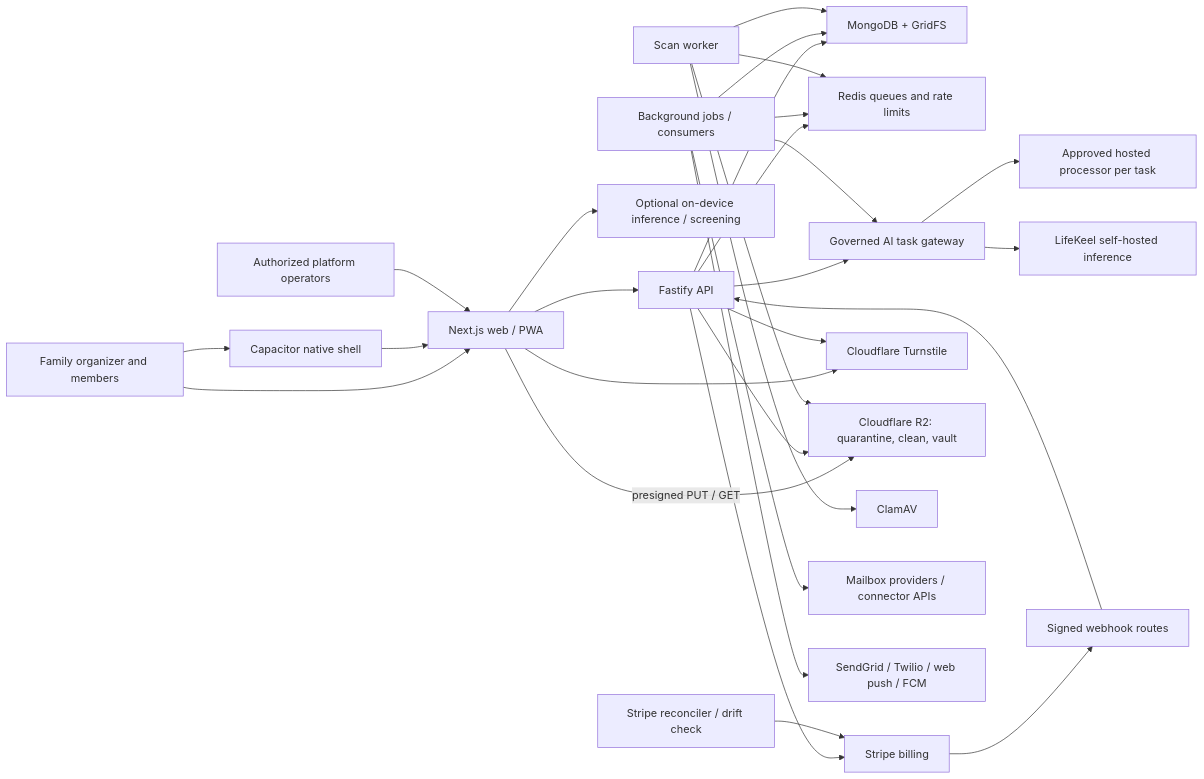
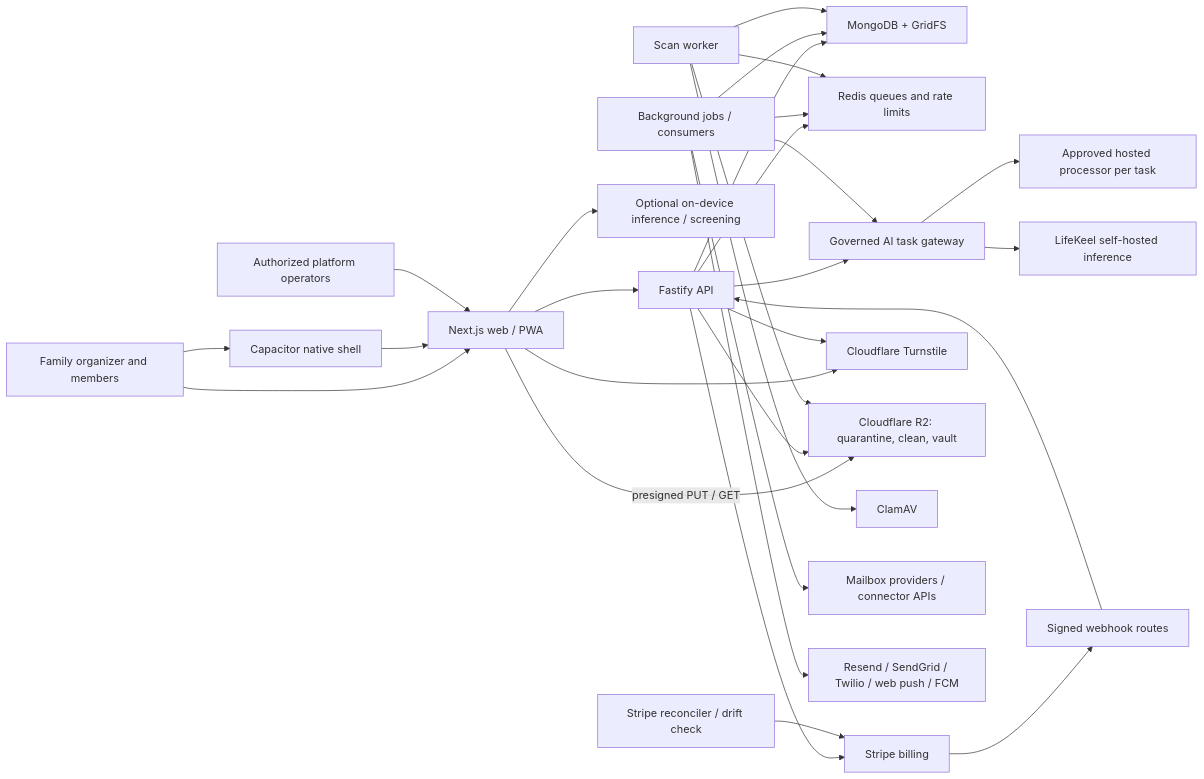
Before and after one commit to balureddy003/LifeKeel: the first of 33 diagrams in STARTER.md, drawn with Mermaid. The commit also changed other lines of this file and 1 other file, not shown here.

````diff
--- a/STARTER.md
+++ b/STARTER.md
@@ -353,31 +393,31 @@
 ```mermaid
 flowchart LR
   Family["Family organizer and members"] --> Web["Next.js web / PWA"]
   Family --> Mobile["Capacitor native shell"]
   Mobile --> Web
   Operator["Authorized platform operators"] --> Web
   Web --> API["Fastify API"]
   API --> Mongo["MongoDB + GridFS"]
   API --> Redis["Redis queues and rate limits"]
   Jobs["Background jobs / consumers"] --> Mongo
   Jobs --> Redis
   API --> Models["Governed AI task gateway"]
   Jobs --> Models
   Models --> Hosted["Approved hosted processor per task"]
   Models --> Local["LifeKeel self-hosted inference"]
   Web --> Device["Optional on-device inference / screening"]
   API --> Stripe["Stripe billing"]
   Stripe --> Hooks["Signed webhook routes"]
   Hooks --> API
   Web --> Turnstile["Cloudflare Turnstile"]
   API --> Turnstile
   Web -->|"presigned PUT / GET"| R2["Cloudflare R2: quarantine, clean, vault"]
   API --> R2
   ScanWorker["Scan worker"] --> R2
   ScanWorker --> ClamAV["ClamAV"]
   ScanWorker --> Mongo
   ScanWorker --> Redis
   Reconciler["Stripe reconciler / drift check"] --> Stripe
   Jobs --> Mail["Mailbox providers / connector APIs"]
-  Jobs --> Delivery["SendGrid / Twilio / web push / FCM"]
+  Jobs --> Delivery["Resend / SendGrid / Twilio / web push / FCM"]
 ```
````
